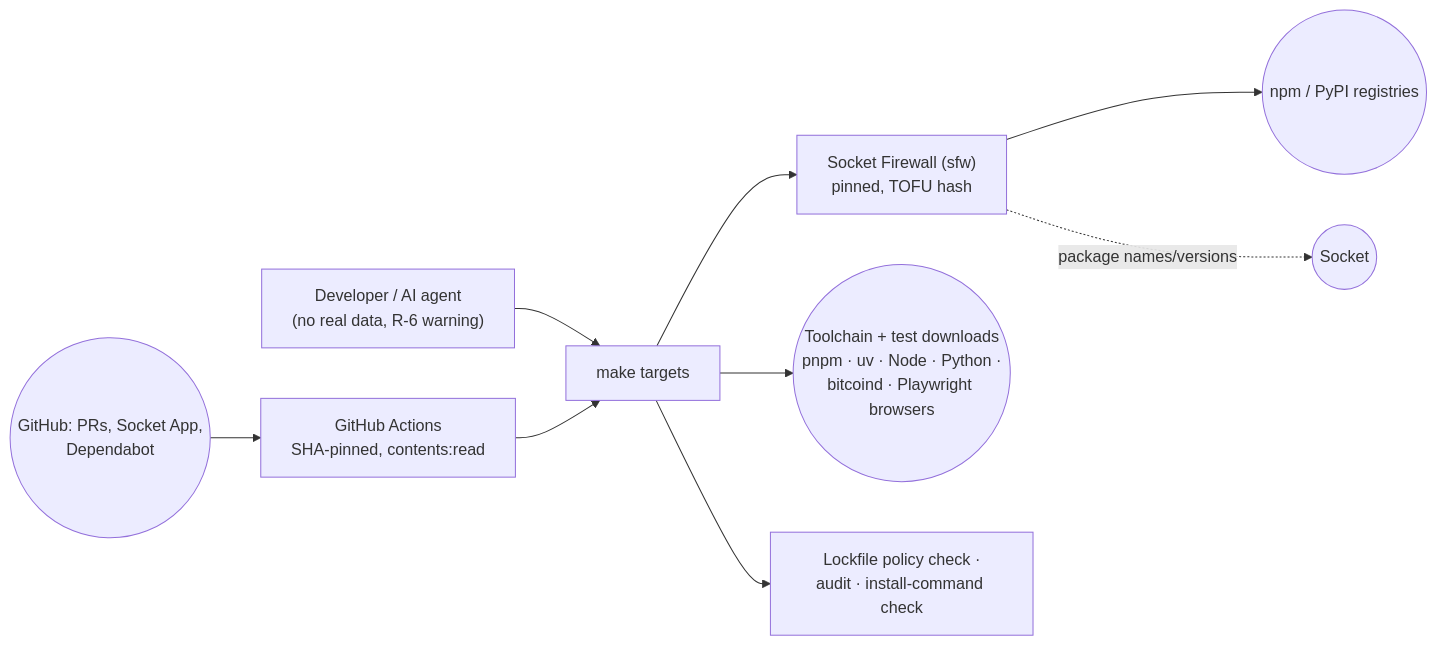
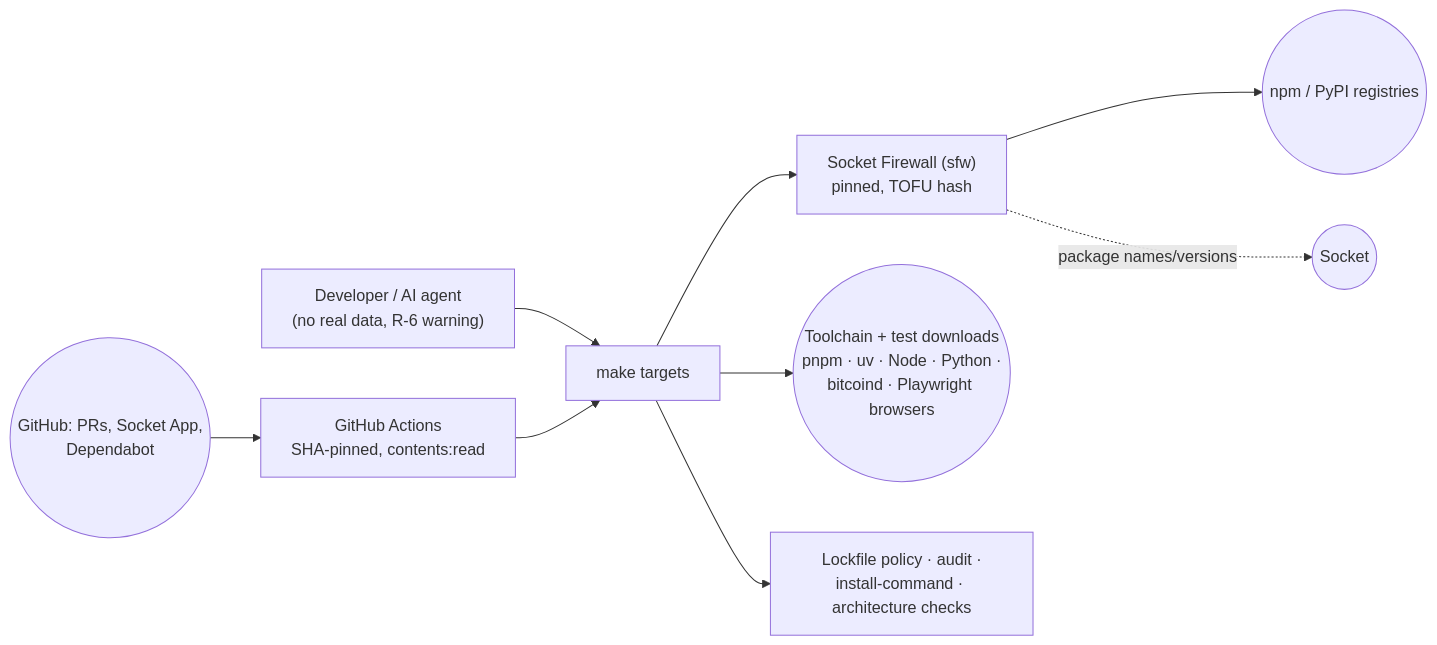
Before and after one commit to kristovatlas/coin-accounting: the ninth of 9 diagrams in docs/architecture.md, drawn with Mermaid. The commit also changed other lines of this file and 3 other files, not shown here.

First line of the commit message:
Architecture v0.2 and aligned docs: address Opus 5.5 and Codex review of PR #5

````diff
--- a/docs/architecture.md
+++ b/docs/architecture.md
@@ -246,11 +371,11 @@
 ```mermaid
 flowchart LR
   DEV["Developer / AI agent<br/>(no real data, R-6 warning)"] --> MK["make targets"]
   CI["GitHub Actions<br/>SHA-pinned, contents:read"] --> MK
   MK --> SFW["Socket Firewall (sfw)<br/>pinned, TOFU hash"]
   SFW --> REG(("npm / PyPI registries"))
   SFW -. "package names/versions" .-> SOCK(("Socket"))
   MK --> TOOLS(("Toolchain + test downloads<br/>pnpm · uv · Node · Python ·<br/>bitcoind · Playwright browsers"))
-  MK --> LOCK["Lockfile policy check ·<br/>audit · install-command check"]
+  MK --> CHK["Lockfile policy · audit ·<br/>install-command · architecture checks"]
   GH(("GitHub: PRs, Socket App,<br/>Dependabot")) --> CI
 ```
````
